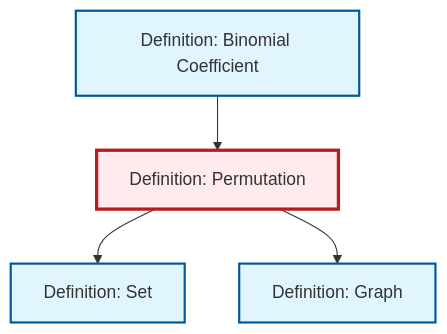
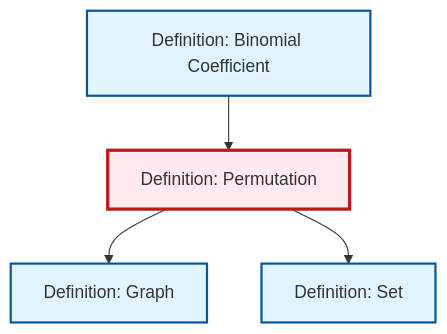
One commit to RK0429/ModernMath changed the diagram in content/en/combinatorics/def-permutation.qmd. Above: the diagram before and after it, drawn with Mermaid. The commit also changed other lines of this file and 497 other files, not shown here.

````diff
--- a/content/en/combinatorics/def-permutation.qmd
+++ b/content/en/combinatorics/def-permutation.qmd
@@ -52,20 +52,20 @@
 ```{mermaid}
 %%| fig-cap: "Local dependency graph"
 graph TD
     classDef definition fill:#e1f5fe,stroke:#01579b,stroke-width:2px
     classDef theorem fill:#f3e5f5,stroke:#4a148c,stroke-width:2px
     classDef axiom fill:#fff3e0,stroke:#e65100,stroke-width:2px
     classDef example fill:#e8f5e9,stroke:#1b5e20,stroke-width:2px
     classDef current fill:#ffebee,stroke:#b71c1c,stroke-width:3px
     def-set["Definition: Set"]:::definition
+    def-graph["Definition: Graph"]:::definition
     def-permutation["Definition: Permutation"]:::definition
     def-binomial-coefficient["Definition: Binomial Coefficient"]:::definition
-    def-graph["Definition: Graph"]:::definition
-    def-permutation --> def-set
     def-permutation --> def-graph
     def-binomial-coefficient --> def-permutation
+    def-permutation --> def-set
     class def-permutation current
     click def-set "def-set.html" "Go to Set definition"
+    click def-graph "def-graph.html" "Go to Graph definition"
     click def-binomial-coefficient "def-binomial-coefficient.html" "Go to Binomial Coefficient definition"
-    click def-graph "def-graph.html" "Go to Graph definition"
 ```
````
